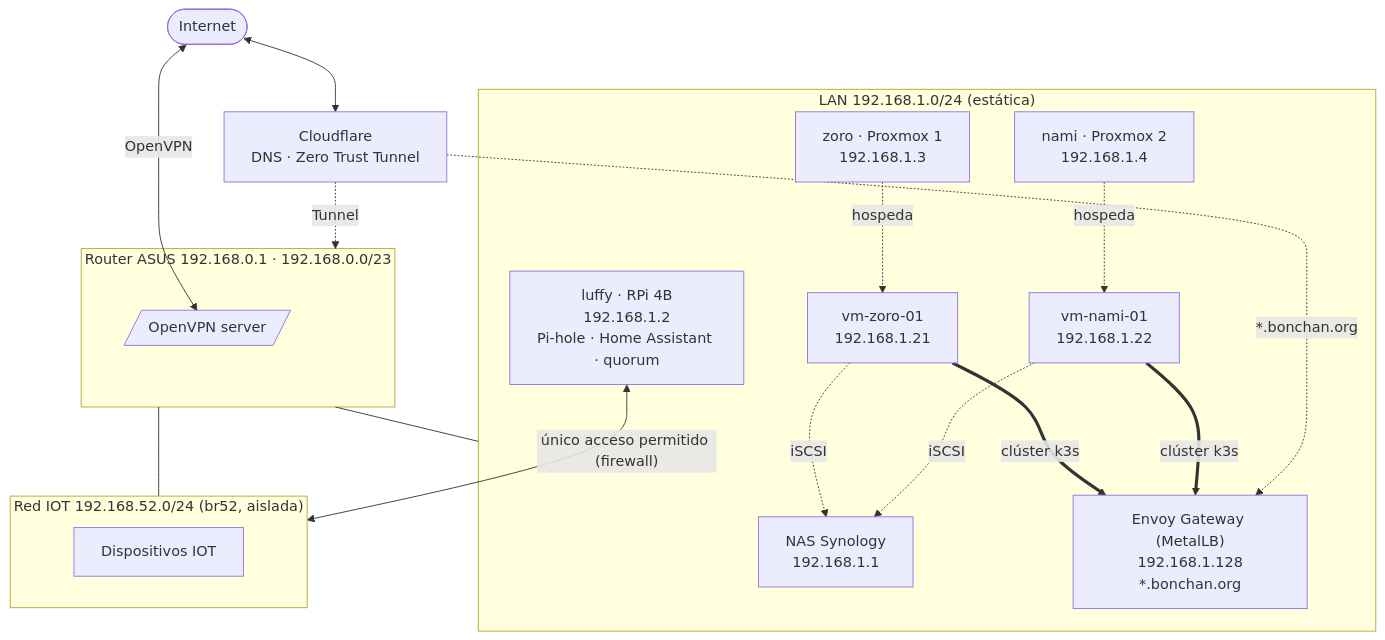
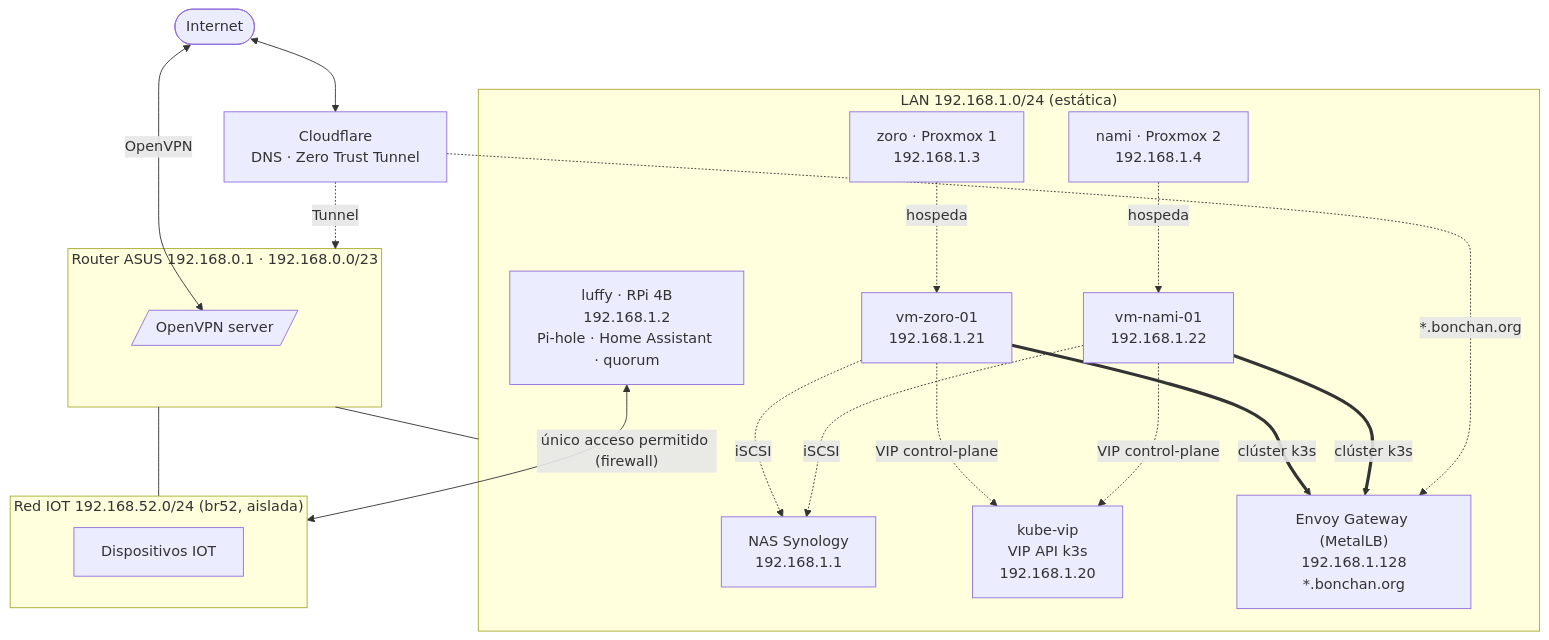
Before and after one commit to Jasviers/homelab: the first of 2 diagrams in README.md, drawn with Mermaid. The commit also changed other lines of this file and 4 other files, not shown here.

````diff
--- a/README.md
+++ b/README.md
@@ -79,36 +95,38 @@
 ```mermaid
 flowchart TB
     internet([Internet])
     cf[Cloudflare<br/>DNS · Zero Trust Tunnel]
     internet <--> cf
 
     subgraph asus["Router ASUS 192.168.0.1 · 192.168.0.0/23"]
         vpn[/OpenVPN server/]
     end
     internet <-->|OpenVPN| vpn
     cf -.->|Tunnel| asus
 
     subgraph lan["LAN 192.168.1.0/24 (estática)"]
         nas["NAS Synology<br/>192.168.1.1"]
         luffy["luffy · RPi 4B<br/>192.168.1.2<br/>Pi-hole · Home Assistant · quorum"]
         zoro["zoro · Proxmox 1<br/>192.168.1.3"]
         nami["nami · Proxmox 2<br/>192.168.1.4"]
         vm1["vm-zoro-01<br/>192.168.1.21"]
         vm2["vm-nami-01<br/>192.168.1.22"]
+        kvip["kube-vip<br/>VIP API k3s<br/>192.168.1.20"]
         gw["Envoy Gateway (MetalLB)<br/>192.168.1.128<br/>*.bonchan.org"]
     end
 
     asus --- lan
     zoro -.->|hospeda| vm1
     nami -.->|hospeda| vm2
     vm1 & vm2 ==>|clúster k3s| gw
+    vm1 & vm2 -.->|VIP control-plane| kvip
     vm1 & vm2 -.->|iSCSI| nas
 
     subgraph iot["Red IOT 192.168.52.0/24 (br52, aislada)"]
         dispositivos["Dispositivos IOT"]
     end
     asus --- iot
     luffy <-->|"único acceso permitido (firewall)"| iot
 
     cf -.->|*.bonchan.org| gw
 ```
````
